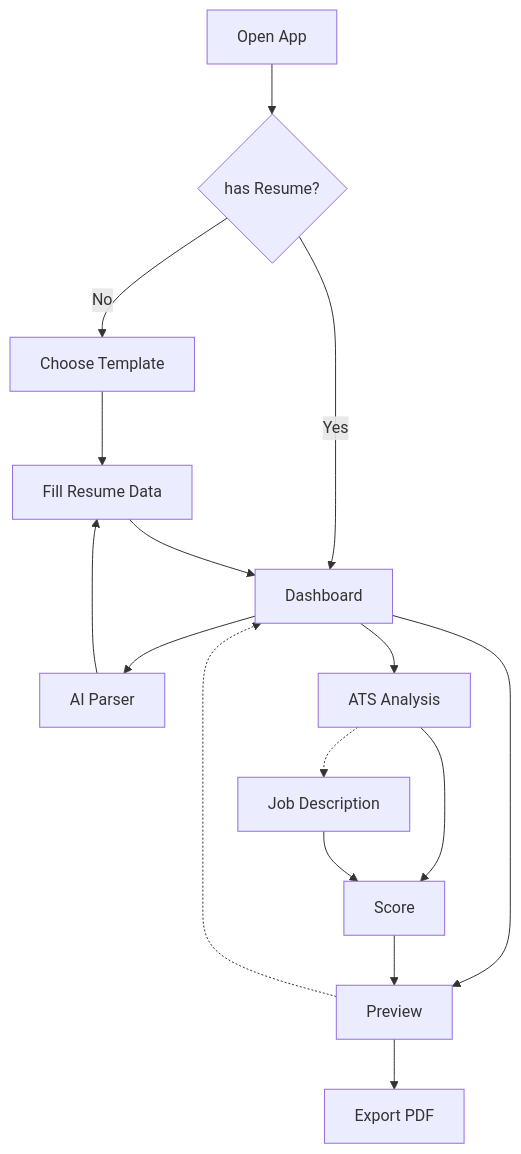
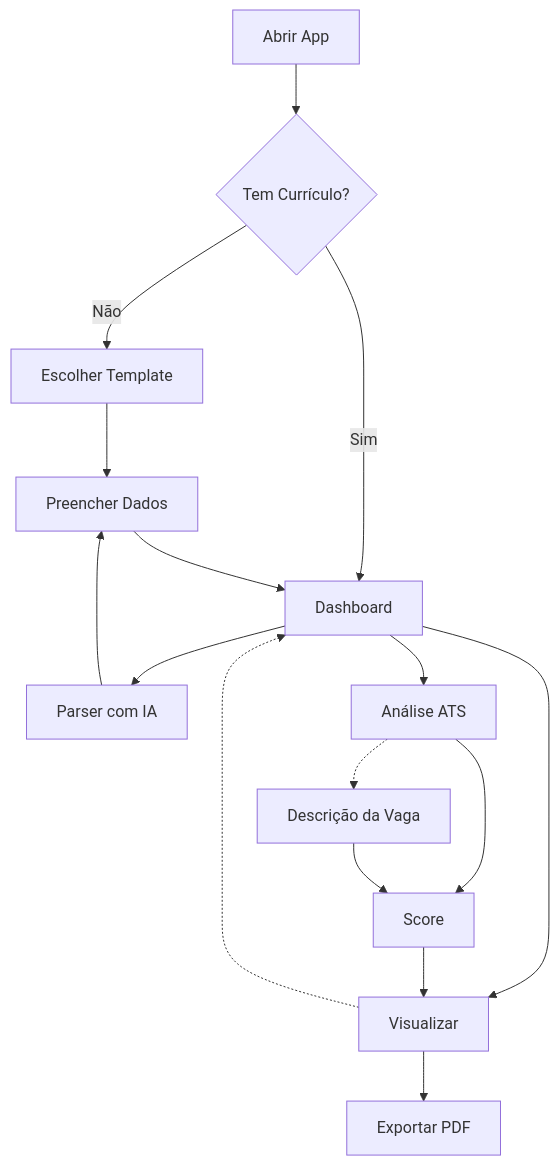
One commit to otavio-lemos/ResuMatch changed the diagram in README.md. Above: the diagram before and after it, drawn with Mermaid. The commit also changed other lines of this file and 1 other file, not shown here.

````diff
--- a/README.md
+++ b/README.md
@@ -31,18 +33,18 @@
 ```mermaid
 flowchart TB
-    A[Open App] --> B{has Resume?}
-    B -->|No| C[Choose Template]
-    B -->|Yes| D[Dashboard]
-    C --> E[Fill Resume Data]
+    A[Abrir App] --> B{Tem Currículo?}
+    B -->|Não| C[Escolher Template]
+    B -->|Sim| D[Dashboard]
+    C --> E[Preencher Dados]
     E --> D
-    D --> F[Preview]
-    F --> G[Export PDF]
+    D --> F[Visualizar]
+    F --> G[Exportar PDF]
     F -.-> D
-    D --> H[AI Parser]
+    D --> H[Parser com IA]
     H --> E
-    D --> I[ATS Analysis]
+    D --> I[Análise ATS]
     I --> J[Score]
     J --> F
-    I -.-> K[Job Description]
+    I -.-> K[Descrição da Vaga]
     K --> J
 ```
````
